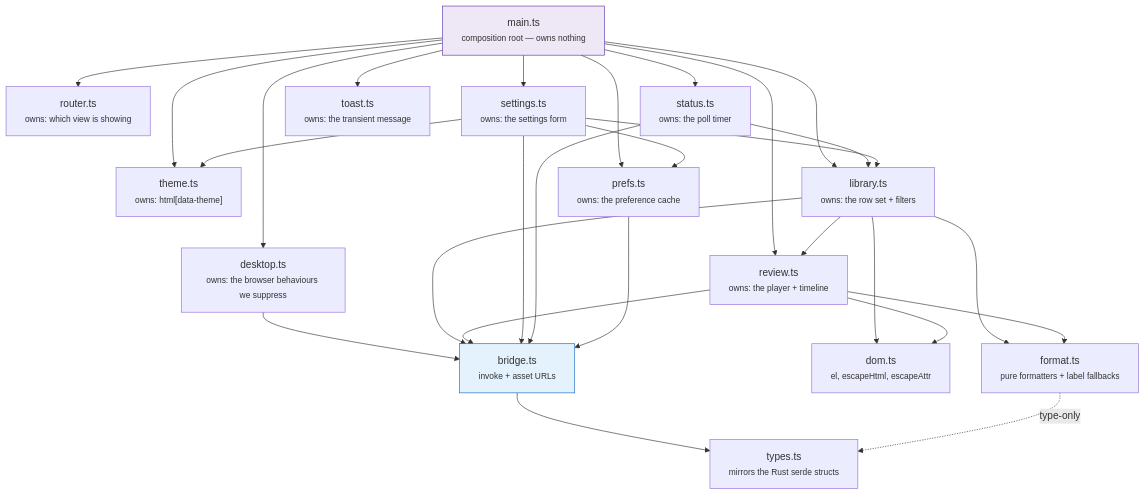
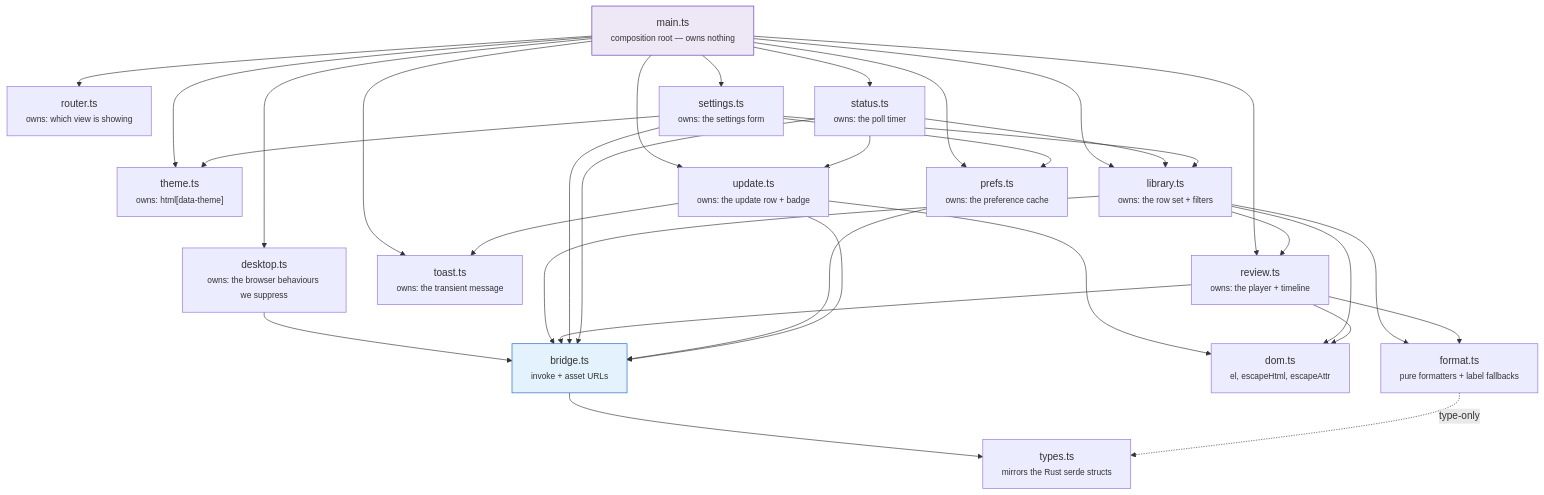
One commit to NinjaGoldfinch/ninja-recorder changed the first of 4 diagrams in docs/frontend.md. Above: the diagram before and after it, drawn with Mermaid. The commit also changed other lines of this file and 23 other files, not shown here.

````diff
--- a/docs/frontend.md
+++ b/docs/frontend.md
@@ -13,46 +13,52 @@
 ```mermaid
 flowchart TB
     MAIN["main.ts<br/><small>composition root — owns nothing</small>"]
     ROUTER["router.ts<br/><small>owns: which view is showing</small>"]
     THEME["theme.ts<br/><small>owns: html[data-theme]</small>"]
     PREFS["prefs.ts<br/><small>owns: the preference cache</small>"]
     STATUS["status.ts<br/><small>owns: the poll timer</small>"]
     LIB["library.ts<br/><small>owns: the row set + filters</small>"]
     REVIEW["review.ts<br/><small>owns: the player + timeline</small>"]
     SETTINGS["settings.ts<br/><small>owns: the settings form</small>"]
     TOAST["toast.ts<br/><small>owns: the transient message</small>"]
+    UPDATE["update.ts<br/><small>owns: the update row + badge</small>"]
     DESK["desktop.ts<br/><small>owns: the browser behaviours we suppress</small>"]
     BRIDGE["bridge.ts<br/><small>invoke + asset URLs</small>"]
     DOM["dom.ts<br/><small>el, escapeHtml, escapeAttr</small>"]
     FMT["format.ts<br/><small>pure formatters + label fallbacks</small>"]
     TYPES["types.ts<br/><small>mirrors the Rust serde structs</small>"]
 
     MAIN --> ROUTER
     MAIN --> THEME
     MAIN --> PREFS
     MAIN --> STATUS
     MAIN --> LIB
     MAIN --> REVIEW
     MAIN --> SETTINGS
     MAIN --> TOAST
+    MAIN --> UPDATE
     MAIN --> DESK
     DESK --> BRIDGE
     STATUS --> LIB
+    STATUS --> UPDATE
     SETTINGS --> LIB
     SETTINGS --> THEME
     SETTINGS --> PREFS
     LIB --> REVIEW
     LIB --> BRIDGE
     REVIEW --> BRIDGE
     SETTINGS --> BRIDGE
     STATUS --> BRIDGE
     PREFS --> BRIDGE
+    UPDATE --> BRIDGE
+    UPDATE --> TOAST
+    UPDATE --> DOM
     LIB --> FMT
     REVIEW --> FMT
     LIB --> DOM
     REVIEW --> DOM
     BRIDGE --> TYPES
     FMT -.->|"type-only"| TYPES
     style MAIN fill:#ede7f6,stroke:#5e35b1
     style BRIDGE fill:#e3f2fd,stroke:#1565c0
 ```
````
